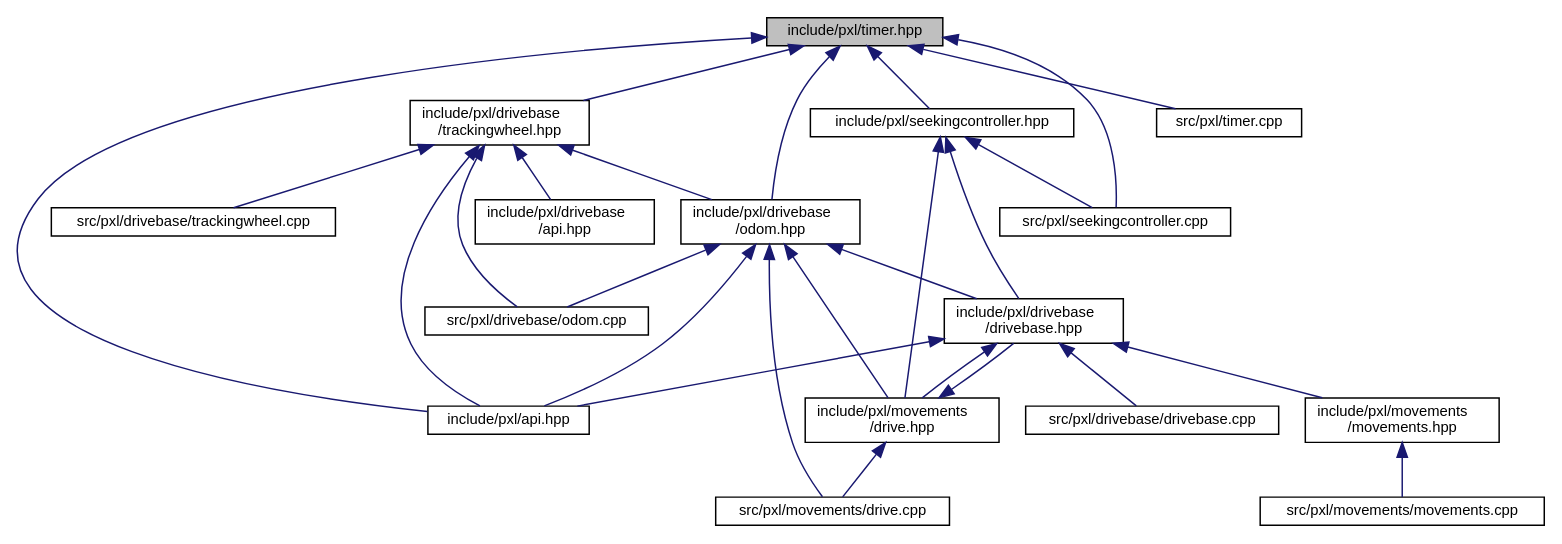
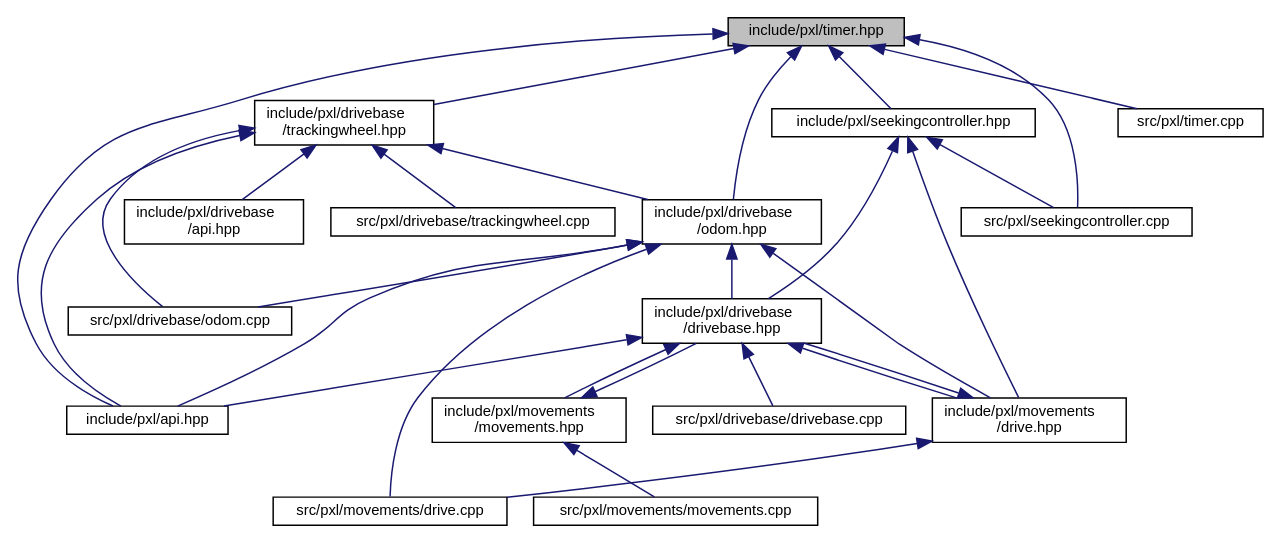
One commit to Pixel-Lib/Pixel changed the diagram in timer_8hpp__dep__incl.dot. Above: the diagram before and after it, drawn with Graphviz. The commit also changed 29 other files, not shown here.

```diff
--- a/timer_8hpp__dep__incl.dot
+++ b/timer_8hpp__dep__incl.dot
@@ -1,48 +1,49 @@
 digraph "include/pxl/timer.hpp"
 {
  // LATEX_PDF_SIZE
   edge [fontname="Helvetica",fontsize="10",labelfontname="Helvetica",labelfontsize="10"];
   node [fontname="Helvetica",fontsize="10",shape=record];
   Node1 [label="include/pxl/timer.hpp",height=0.2,width=0.4,color="black", fillcolor="grey75", style="filled", fontcolor="black",tooltip=" "];
   Node1 -> Node2 [dir="back",color="midnightblue",fontsize="10",style="solid",fontname="Helvetica"];
   Node2 [label="include/pxl/api.hpp",height=0.2,width=0.4,color="black", fillcolor="white", style="filled",URL="$api_8hpp.html",tooltip=" "];
   Node1 -> Node3 [dir="back",color="midnightblue",fontsize="10",style="solid",fontname="Helvetica"];
   Node3 [label="include/pxl/drivebase\l/odom.hpp",height=0.2,width=0.4,color="black", fillcolor="white", style="filled",URL="$odom_8hpp.html",tooltip=" "];
   Node3 -> Node2 [dir="back",color="midnightblue",fontsize="10",style="solid",fontname="Helvetica"];
   Node3 -> Node4 [dir="back",color="midnightblue",fontsize="10",style="solid",fontname="Helvetica"];
   Node4 [label="include/pxl/drivebase\l/drivebase.hpp",height=0.2,width=0.4,color="black", fillcolor="white", style="filled",URL="$drivebase_8hpp.html",tooltip=" "];
   Node4 -> Node2 [dir="back",color="midnightblue",fontsize="10",style="solid",fontname="Helvetica"];
   Node4 -> Node5 [dir="back",color="midnightblue",fontsize="10",style="solid",fontname="Helvetica"];
   Node5 [label="include/pxl/movements\l/drive.hpp",height=0.2,width=0.4,color="black", fillcolor="white", style="filled",URL="$drive_8hpp.html",tooltip=" "];
   Node5 -> Node4 [dir="back",color="midnightblue",fontsize="10",style="solid",fontname="Helvetica"];
   Node5 -> Node6 [dir="back",color="midnightblue",fontsize="10",style="solid",fontname="Helvetica"];
   Node6 [label="src/pxl/movements/drive.cpp",height=0.2,width=0.4,color="black", fillcolor="white", style="filled",URL="$drive_8cpp.html",tooltip=" "];
   Node4 -> Node7 [dir="back",color="midnightblue",fontsize="10",style="solid",fontname="Helvetica"];
   Node7 [label="include/pxl/movements\l/movements.hpp",height=0.2,width=0.4,color="black", fillcolor="white", style="filled",URL="$movements_8hpp.html",tooltip=" "];
+  Node7 -> Node4 [dir="back",color="midnightblue",fontsize="10",style="solid",fontname="Helvetica"];
   Node7 -> Node8 [dir="back",color="midnightblue",fontsize="10",style="solid",fontname="Helvetica"];
   Node8 [label="src/pxl/movements/movements.cpp",height=0.2,width=0.4,color="black", fillcolor="white", style="filled",URL="$movements_8cpp.html",tooltip=" "];
   Node4 -> Node9 [dir="back",color="midnightblue",fontsize="10",style="solid",fontname="Helvetica"];
   Node9 [label="src/pxl/drivebase/drivebase.cpp",height=0.2,width=0.4,color="black", fillcolor="white", style="filled",URL="$drivebase_8cpp.html",tooltip=" "];
   Node3 -> Node5 [dir="back",color="midnightblue",fontsize="10",style="solid",fontname="Helvetica"];
   Node3 -> Node10 [dir="back",color="midnightblue",fontsize="10",style="solid",fontname="Helvetica"];
   Node10 [label="src/pxl/drivebase/odom.cpp",height=0.2,width=0.4,color="black", fillcolor="white", style="filled",URL="$odom_8cpp.html",tooltip=" "];
   Node3 -> Node6 [dir="back",color="midnightblue",fontsize="10",style="solid",fontname="Helvetica"];
   Node1 -> Node11 [dir="back",color="midnightblue",fontsize="10",style="solid",fontname="Helvetica"];
   Node11 [label="include/pxl/drivebase\l/trackingwheel.hpp",height=0.2,width=0.4,color="black", fillcolor="white", style="filled",URL="$trackingwheel_8hpp.html",tooltip=" "];
   Node11 -> Node2 [dir="back",color="midnightblue",fontsize="10",style="solid",fontname="Helvetica"];
   Node11 -> Node12 [dir="back",color="midnightblue",fontsize="10",style="solid",fontname="Helvetica"];
   Node12 [label="include/pxl/drivebase\l/api.hpp",height=0.2,width=0.4,color="black", fillcolor="white", style="filled",URL="$drivebase_2api_8hpp.html",tooltip=" "];
   Node11 -> Node3 [dir="back",color="midnightblue",fontsize="10",style="solid",fontname="Helvetica"];
   Node11 -> Node10 [dir="back",color="midnightblue",fontsize="10",style="solid",fontname="Helvetica"];
   Node11 -> Node13 [dir="back",color="midnightblue",fontsize="10",style="solid",fontname="Helvetica"];
   Node13 [label="src/pxl/drivebase/trackingwheel.cpp",height=0.2,width=0.4,color="black", fillcolor="white", style="filled",URL="$trackingwheel_8cpp.html",tooltip=" "];
   Node1 -> Node14 [dir="back",color="midnightblue",fontsize="10",style="solid",fontname="Helvetica"];
   Node14 [label="include/pxl/seekingcontroller.hpp",height=0.2,width=0.4,color="black", fillcolor="white", style="filled",URL="$seekingcontroller_8hpp.html",tooltip=" "];
   Node14 -> Node4 [dir="back",color="midnightblue",fontsize="10",style="solid",fontname="Helvetica"];
   Node14 -> Node5 [dir="back",color="midnightblue",fontsize="10",style="solid",fontname="Helvetica"];
   Node14 -> Node15 [dir="back",color="midnightblue",fontsize="10",style="solid",fontname="Helvetica"];
   Node15 [label="src/pxl/seekingcontroller.cpp",height=0.2,width=0.4,color="black", fillcolor="white", style="filled",URL="$seekingcontroller_8cpp.html",tooltip=" "];
   Node1 -> Node15 [dir="back",color="midnightblue",fontsize="10",style="solid",fontname="Helvetica"];
   Node1 -> Node16 [dir="back",color="midnightblue",fontsize="10",style="solid",fontname="Helvetica"];
   Node16 [label="src/pxl/timer.cpp",height=0.2,width=0.4,color="black", fillcolor="white", style="filled",URL="$timer_8cpp.html",tooltip=" "];
 }
```
